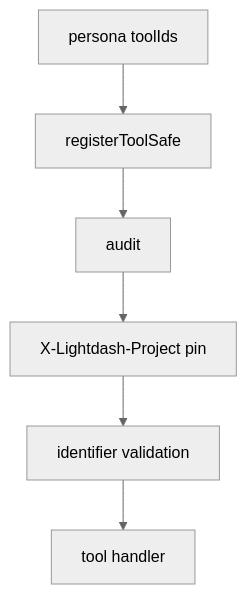
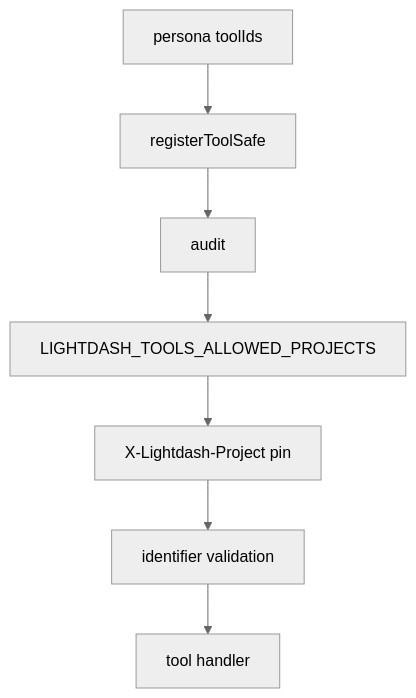
One commit to yu-iskw/lightdash-tools changed the diagram in docs/adr/0008-mcp-request-scope-and-hardening.md. Above: the diagram before and after it, drawn with Mermaid (neutral theme). The commit also changed other lines of this file and 36 other files, not shown here.

First line of the commit message:
feat(mcp): share LIGHTDASH_TOOLS_ALLOWED_PROJECTS with CLI

````diff
--- a/docs/adr/0008-mcp-request-scope-and-hardening.md
+++ b/docs/adr/0008-mcp-request-scope-and-hardening.md
@@ -37,8 +39,9 @@
 ```mermaid
 flowchart TD
   persona[persona toolIds] --> reg[registerToolSafe]
   reg --> audit[audit]
-  audit --> pin[X-Lightdash-Project pin]
+  audit --> allowlist[LIGHTDASH_TOOLS_ALLOWED_PROJECTS]
+  allowlist --> pin[X-Lightdash-Project pin]
   pin --> validate[identifier validation]
   validate --> handler[tool handler]
 ```
````
